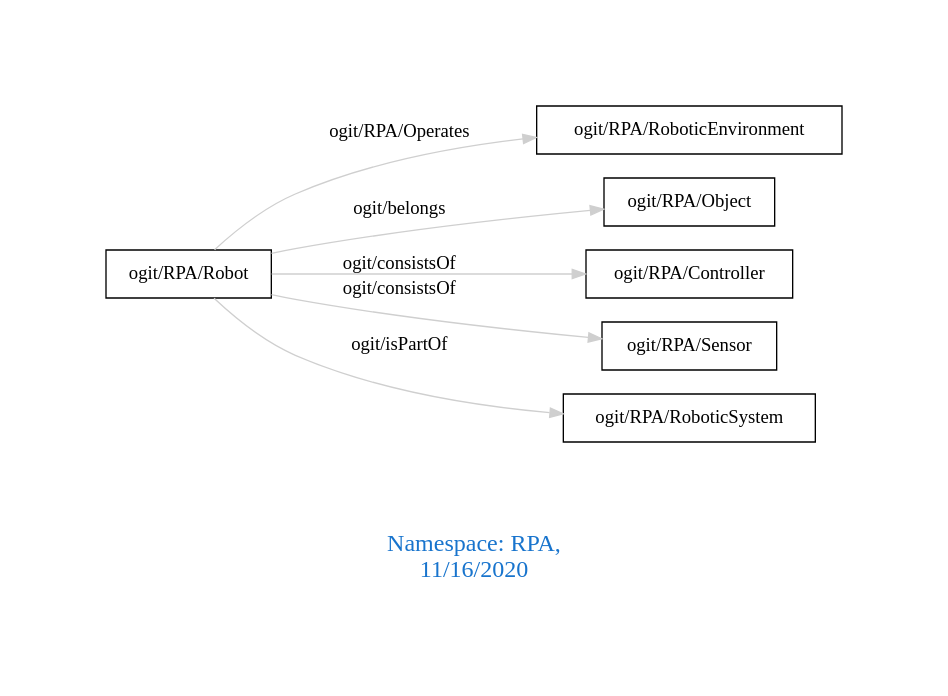
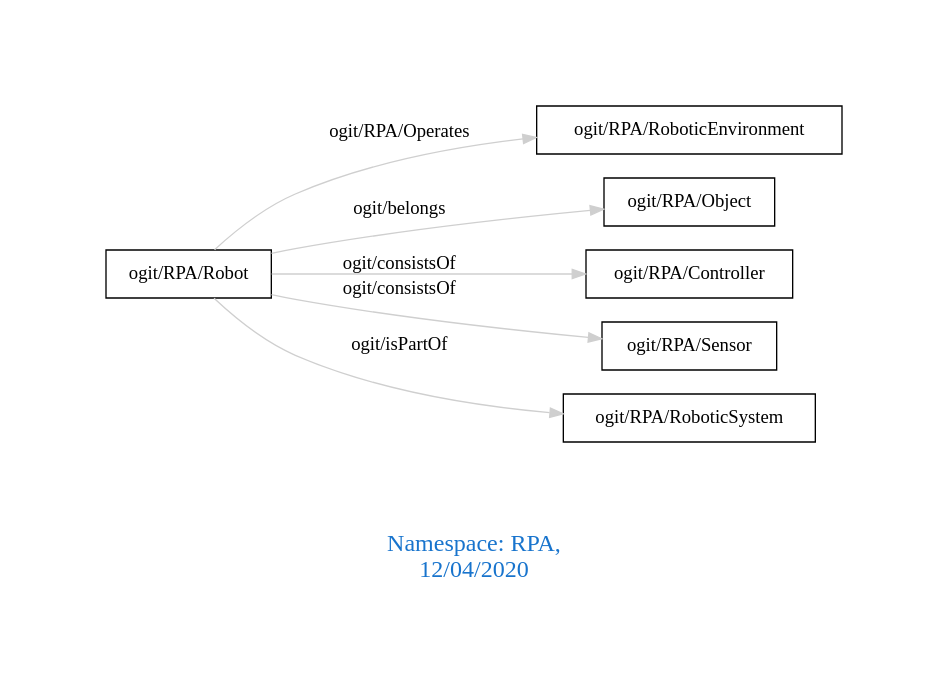
One commit to arago/OGIT changed the diagram in downloads/RPA.dot. Above: the diagram before and after it, drawn with Graphviz. The commit also changed 1822 other files, not shown here.

```diff
--- a/downloads/RPA.dot
+++ b/downloads/RPA.dot
@@ -1,13 +1,13 @@
 digraph OGIT_ontology {
  graph [ rankdir= LR,pad=1 
 fontsize = 18,
-fontcolor= dodgerblue3,label = "\n\n\nNamespace: RPA, \n 11/16/2020"];
+fontcolor= dodgerblue3,label = "\n\n\nNamespace: RPA, \n 12/04/2020"];
 node[shape=polygon];
 edge [  color="gray81"];
 
    "ogit/RPA/Robot" -> "ogit/RPA/RoboticEnvironment" [label="   ogit/RPA/Operates    "];
    "ogit/RPA/Robot" -> "ogit/RPA/Object" [label="   ogit/belongs    "];
    "ogit/RPA/Robot" -> "ogit/RPA/Controller" [label="   ogit/consistsOf    "];
    "ogit/RPA/Robot" -> "ogit/RPA/Sensor" [label="   ogit/consistsOf    "];
    "ogit/RPA/Robot" -> "ogit/RPA/RoboticSystem" [label="   ogit/isPartOf    "];
 }
```
